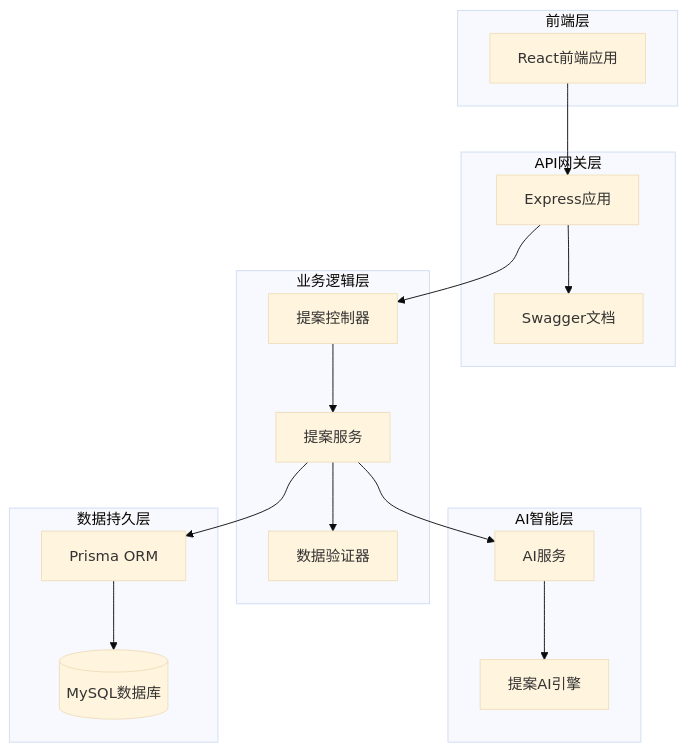
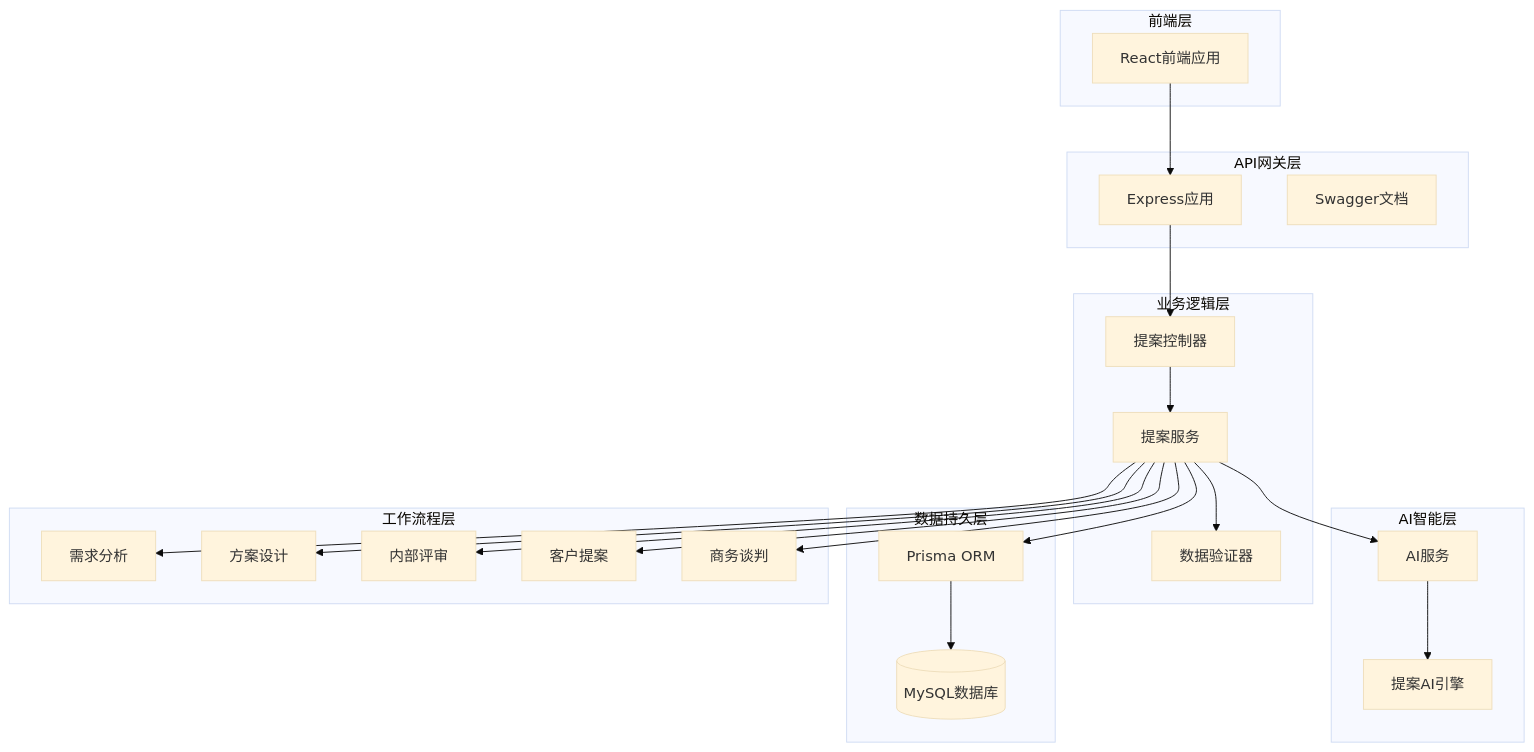
Before and after one commit to xianjianshenqu/SalesFlow-CRM: the first of 16 diagrams in .qoder/repowiki/zh/content/Proposal Controller.md, drawn with Mermaid (base theme). The commit also changed other lines of this file and 13 other files, not shown here.

````diff
--- a/.qoder/repowiki/zh/content/Proposal Controller.md
+++ b/.qoder/repowiki/zh/content/Proposal Controller.md
@@ -45,32 +54,43 @@
 ```mermaid
 graph TB
 subgraph "前端层"
 FE[React前端应用]
 end
 subgraph "API网关层"
 APP[Express应用]
 SWAGGER[Swagger文档]
 end
 subgraph "业务逻辑层"
 CONTROLLER[提案控制器]
 SERVICE[提案服务]
 VALIDATOR[数据验证器]
 end
 subgraph "AI智能层"
 AI_SERVICE[AI服务]
 PROPOSAL_AI[提案AI引擎]
 end
 subgraph "数据持久层"
 PRISMA[Prisma ORM]
 DATABASE[(MySQL数据库)]
 end
+subgraph "工作流程层"
+REQUIREMENT[需求分析]
+DESIGN[方案设计]
+REVIEW[内部评审]
+CUSTOMER_PROPOSAL[客户提案]
+NEGOTIATION[商务谈判]
+end
 FE --> APP
 APP --> CONTROLLER
 CONTROLLER --> SERVICE
 SERVICE --> VALIDATOR
 SERVICE --> AI_SERVICE
 AI_SERVICE --> PROPOSAL_AI
 SERVICE --> PRISMA
 PRISMA --> DATABASE
-APP --> SWAGGER
+SERVICE --> REQUIREMENT
+SERVICE --> DESIGN
+SERVICE --> REVIEW
+SERVICE --> CUSTOMER_PROPOSAL
+SERVICE --> NEGOTIATION
 ```
````
